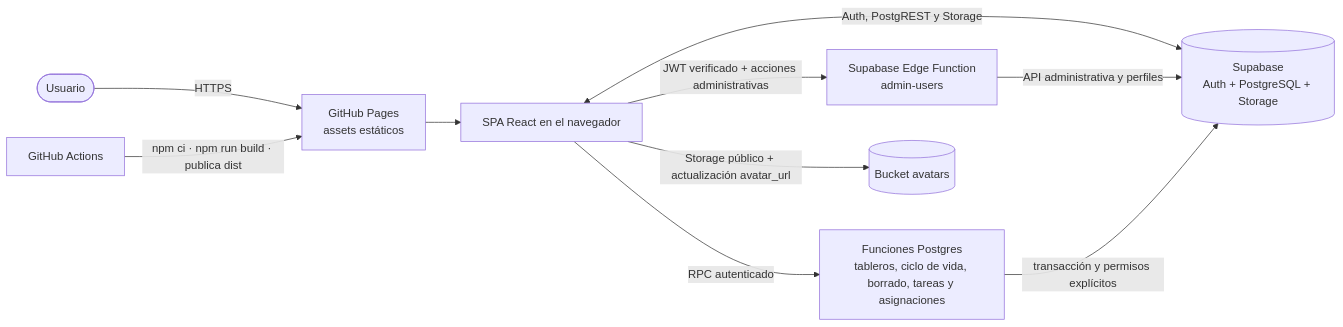
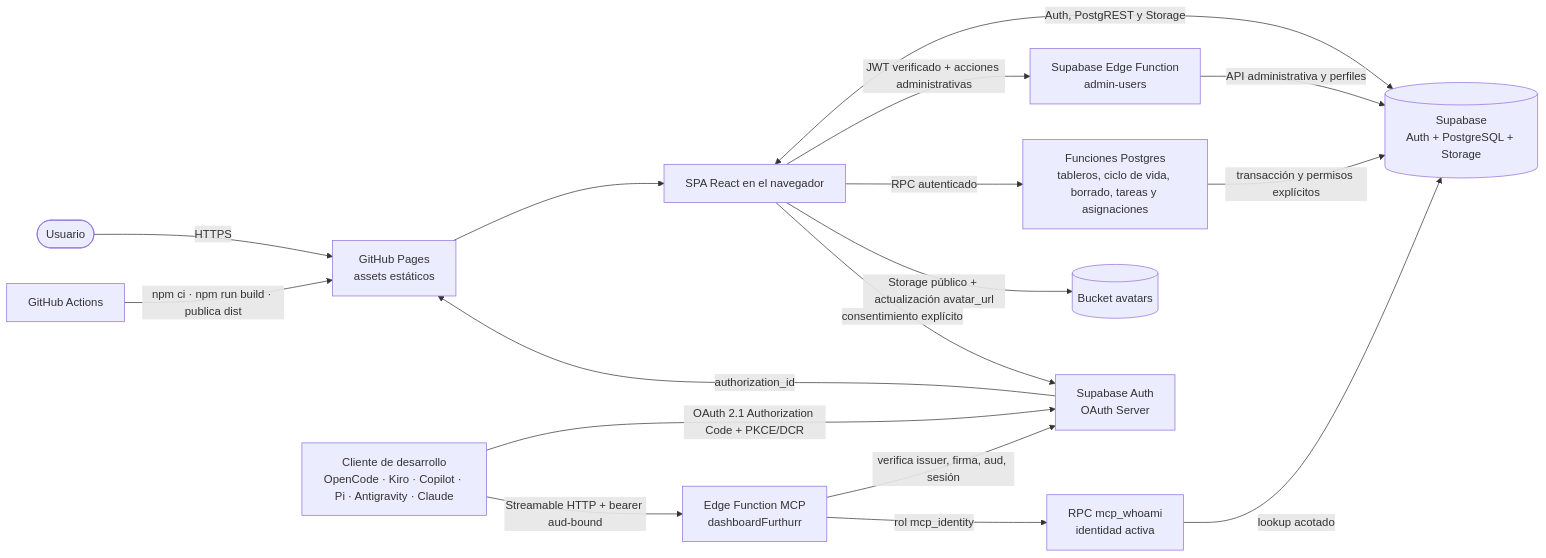
Before and after one commit to furthurr/dashboardFurthurr: the diagram in .architecture/README.md, drawn with Mermaid. The commit also changed other lines of this file and 17 other files, not shown here.

Commit message:
docs(mcp): ampliar documentación de OAuth y clientes

````diff
--- a/.architecture/README.md
+++ b/.architecture/README.md
@@ -32,12 +34,19 @@
 ```mermaid
 flowchart LR
   user([Usuario]) -->|HTTPS| pages[GitHub Pages<br/>assets estáticos]
   pages --> browser[SPA React en el navegador]
   browser <-->|Auth, PostgREST y Storage| supabase[(Supabase<br/>Auth + PostgreSQL + Storage)]
   browser -->|JWT verificado + acciones administrativas| edge[Supabase Edge Function<br/>admin-users]
   edge -->|API administrativa y perfiles| supabase
   browser -->|RPC autenticado| rpc[Funciones Postgres<br/>tableros, ciclo de vida, borrado, tareas y asignaciones]
   rpc -->|transacción y permisos explícitos| supabase
   browser -->|Storage público + actualización avatar_url| avatars[(Bucket avatars)]
+  client[Cliente de desarrollo<br/>OpenCode · Kiro · Copilot · Pi · Antigravity · Claude] -->|OAuth 2.1 Authorization Code + PKCE/DCR| auth[Supabase Auth<br/>OAuth Server]
+  auth -->|authorization_id| pages
+  browser -->|consentimiento explícito| auth
+  client -->|Streamable HTTP + bearer aud-bound| mcp[Edge Function MCP<br/>dashboardFurthurr]
+  mcp -->|verifica issuer, firma, aud, sesión| auth
+  mcp -->|rol mcp_identity| whoami[RPC mcp_whoami<br/>identidad activa]
+  whoami -->|lookup acotado| supabase
   actions[GitHub Actions] -->|npm ci · npm run build · publica dist| pages
 ```
````
